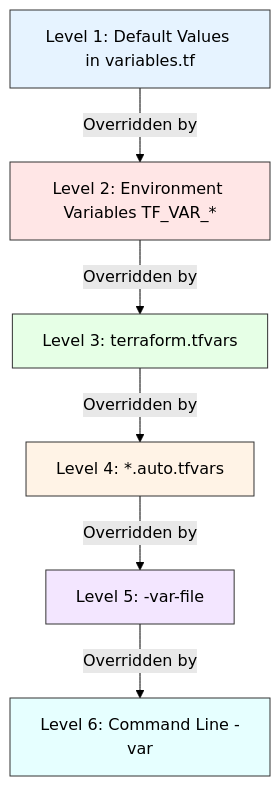
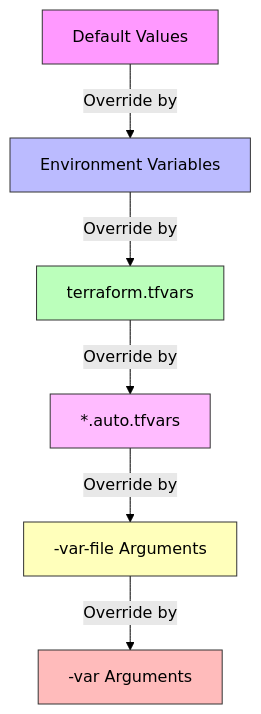
The diagram in variables/Variable-Precedence-Guide.md (SubbuTechOps/terraform), drawn with Mermaid (forest theme) before and after one commit.

````diff
--- a/variables/Variable-Precedence-Guide.md
+++ b/variables/Variable-Precedence-Guide.md
@@ -157,16 +157,15 @@
 ```mermaid
 flowchart TB
-    L1[Level 1: Default Values in variables.tf] --> |Overridden by| L2
-    L2[Level 2: Environment Variables TF_VAR_*] --> |Overridden by| L3
-    L3[Level 3: terraform.tfvars] --> |Overridden by| L4
-    L4[Level 4: *.auto.tfvars] --> |Overridden by| L5
-    L5[Level 5: -var-file] --> |Overridden by| L6
-    L6[Level 6: Command Line -var]
+    A[Default Values] -->|Override by| B[Environment Variables]
+    B -->|Override by| C[terraform.tfvars]
+    C -->|Override by| D[*.auto.tfvars]
+    D -->|Override by| E["-var-file" Arguments]
+    E -->|Override by| F["-var" Arguments]
     
-    style L1 fill:#e6f3ff,stroke:#333
-    style L2 fill:#ffe6e6,stroke:#333
-    style L3 fill:#e6ffe6,stroke:#333
-    style L4 fill:#fff3e6,stroke:#333
-    style L5 fill:#f3e6ff,stroke:#333
-    style L6 fill:#e6ffff,stroke:#333
+    style A fill:#f9f,stroke:#333
+    style B fill:#bbf,stroke:#333
+    style C fill:#bfb,stroke:#333
+    style D fill:#fbf,stroke:#333
+    style E fill:#ffb,stroke:#333
+    style F fill:#fbb,stroke:#333
 ```
````
